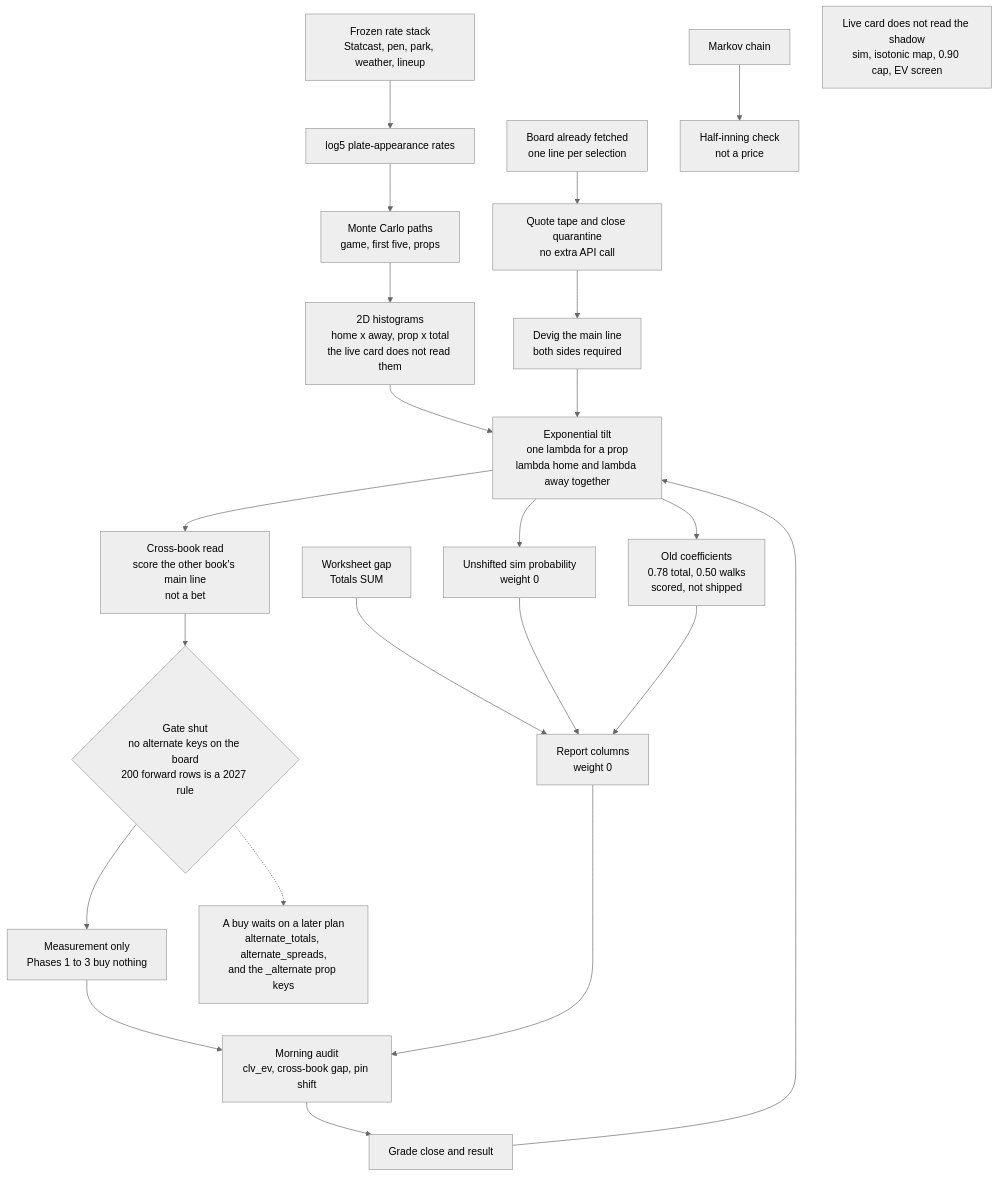
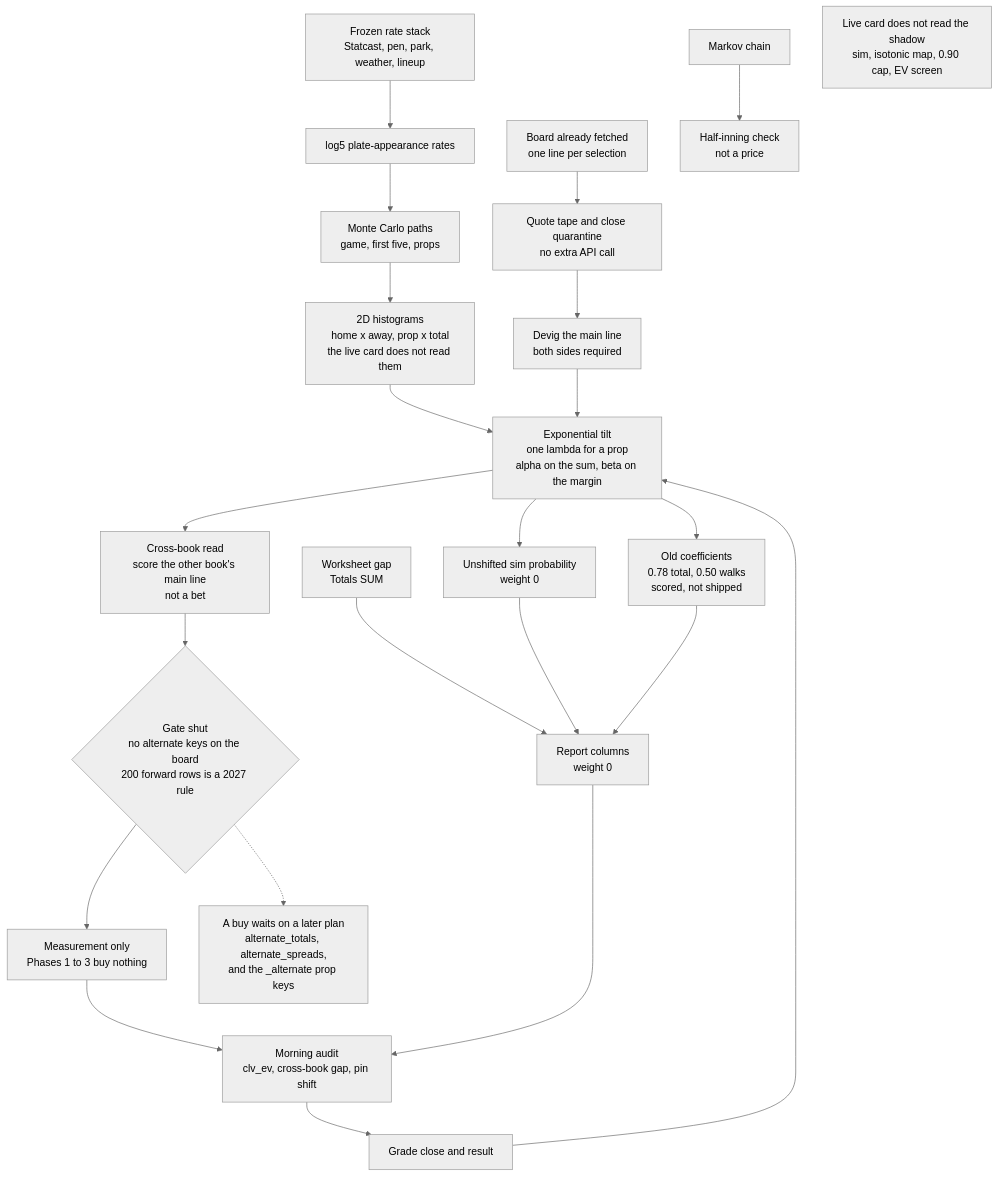
Before and after one commit to drfobusan-debug/payoff-pitch-: the diagram in docs/mlb/recode_master_plan.md, drawn with Mermaid (neutral theme). The commit also changed other lines of this file and 2 other files, not shown here.

First line of the commit message:
Correct the holdout sign check and name the game pin alpha and beta.

````diff
--- a/docs/mlb/recode_master_plan.md
+++ b/docs/mlb/recode_master_plan.md
@@ -441,35 +459,35 @@
 ```mermaid
 flowchart TD
   rates["Frozen rate stack<br/>Statcast, pen, park, weather, lineup"]
   board["Board already fetched<br/>one line per selection"]
   sheets["Worksheet gap<br/>Totals SUM"]
 
   rates --> log5["log5 plate-appearance rates"]
   log5 --> mc["Monte Carlo paths<br/>game, first five, props"]
   mc --> hist["2D histograms<br/>home x away, prop x total<br/>the live card does not read them"]
   chain["Markov chain"] --> check["Half-inning check<br/>not a price"]
 
   board --> tape["Quote tape and close quarantine<br/>no extra API call"]
   tape --> devig["Devig the main line<br/>both sides required"]
-  hist --> pin["Exponential tilt<br/>one lambda for a prop<br/>lambda home and lambda away together"]
+  hist --> pin["Exponential tilt<br/>one lambda for a prop<br/>alpha on the sum, beta on the margin"]
   devig --> pin
 
   pin --> shape["Cross-book read<br/>score the other book's main line<br/>not a bet"]
   pin --> raw["Unshifted sim probability<br/>weight 0"]
   pin --> coef["Old coefficients<br/>0.78 total, 0.50 walks<br/>scored, not shipped"]
   sheets --> report["Report columns<br/>weight 0"]
   raw --> report
   coef --> report
 
   shape --> gate{"Gate shut<br/>no alternate keys on the board<br/>200 forward rows is a 2027 rule"}
   gate --> measure["Measurement only<br/>Phases 1 to 3 buy nothing"]
   measure --> audit["Morning audit<br/>clv_ev, cross-book gap, pin shift"]
   report --> audit
   audit --> grade["Grade close and result"]
   grade --> pin
 
   later["A buy waits on a later plan<br/>alternate_totals, alternate_spreads,<br/>and the _alternate prop keys"]
   gate -.-> later
 
   live["Live card does not read the shadow<br/>sim, isotonic map, 0.90 cap, EV screen"]
 ```
````
